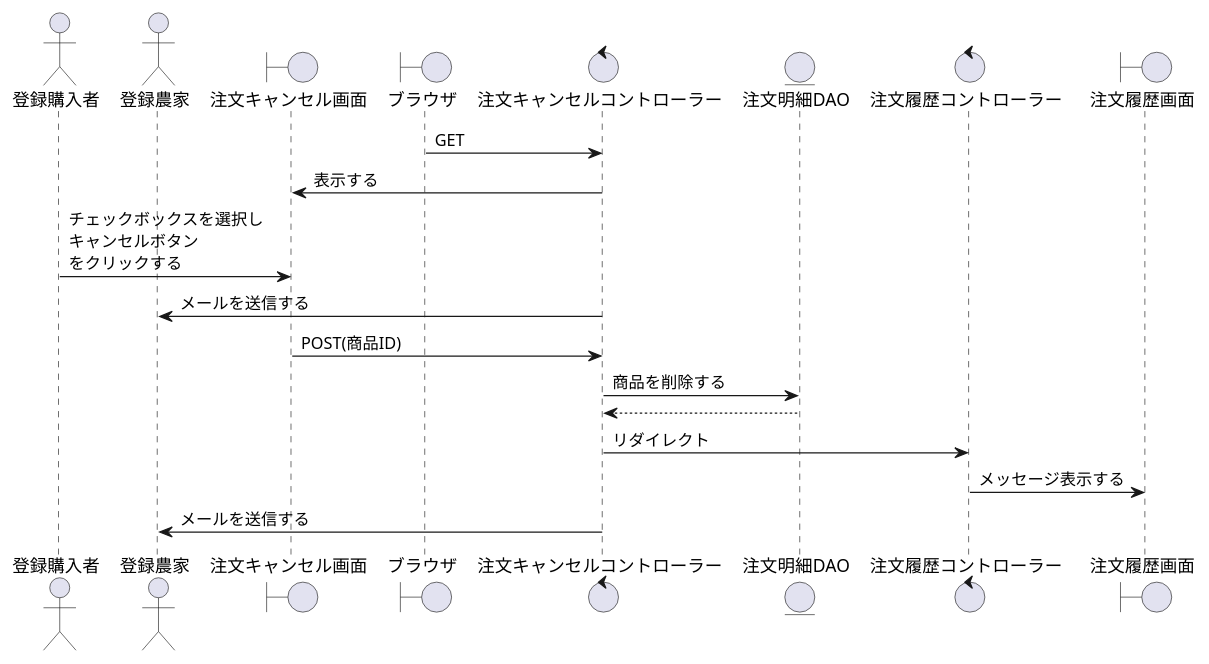
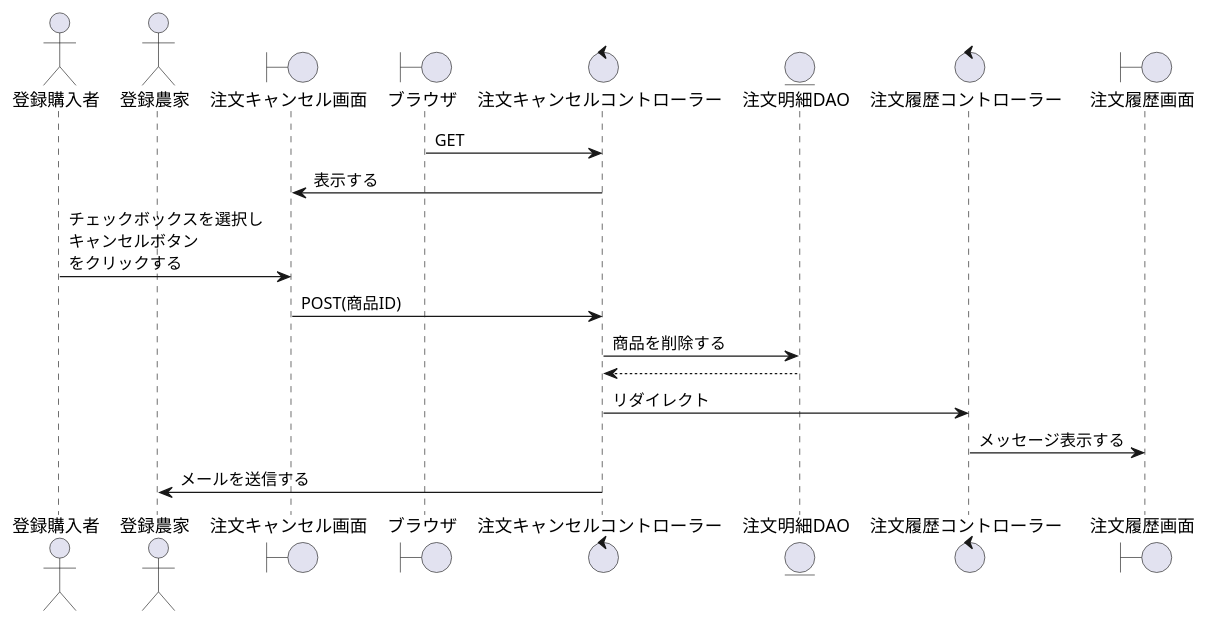
Before and after one commit to SK-B-S/PJ: the diagram in PJ_シーケンス/購入者/注文キャンセル.wsd, drawn with PlantUML. The commit also changed 4 other files, not shown here.

```diff
--- a/PJ_シーケンス/購入者/注文キャンセル.wsd
+++ b/PJ_シーケンス/購入者/注文キャンセル.wsd
@@ -1,23 +1,22 @@
 @startuml 注文キャンセル
 
 actor "登録購入者" as account
 actor "登録農家" as f
 boundary "注文キャンセル画面" as delete_product
 boundary "ブラウザ" as brz
 control  "注文キャンセルコントローラー" as history_c
 entity   "注文明細DAO" as history_db
 control  "注文履歴コントローラー" as completion_c
 boundary "注文履歴画面" as ccc
 
 '-------------------------------------------------------------------------
 brz -> history_c : GET
 history_c -> delete_product : 表示する
 account -> delete_product : チェックボックスを選択し\nキャンセルボタン\nをクリックする
-history_c -> f : メールを送信する
 delete_product -> history_c : POST(商品ID)
 history_c -> history_db : 商品を削除する
 history_c <-- history_db
 history_c -> completion_c : リダイレクト
 completion_c -> ccc : メッセージ表示する
 history_c -> f : メールを送信する
 @enduml
```
